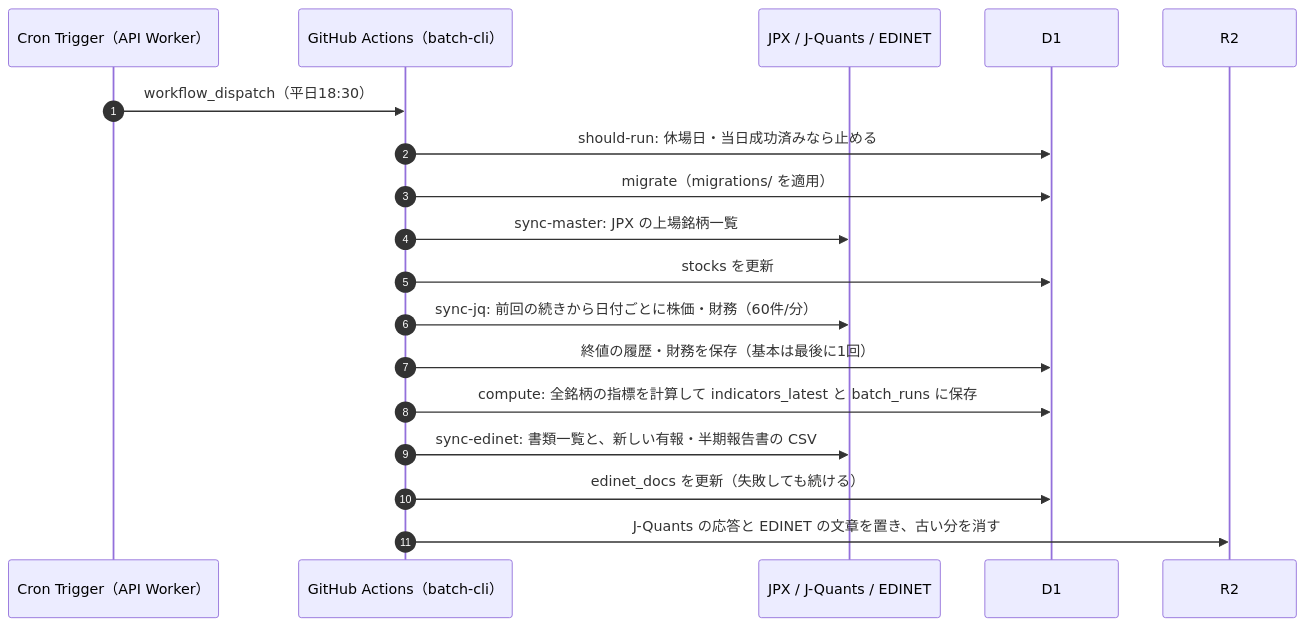
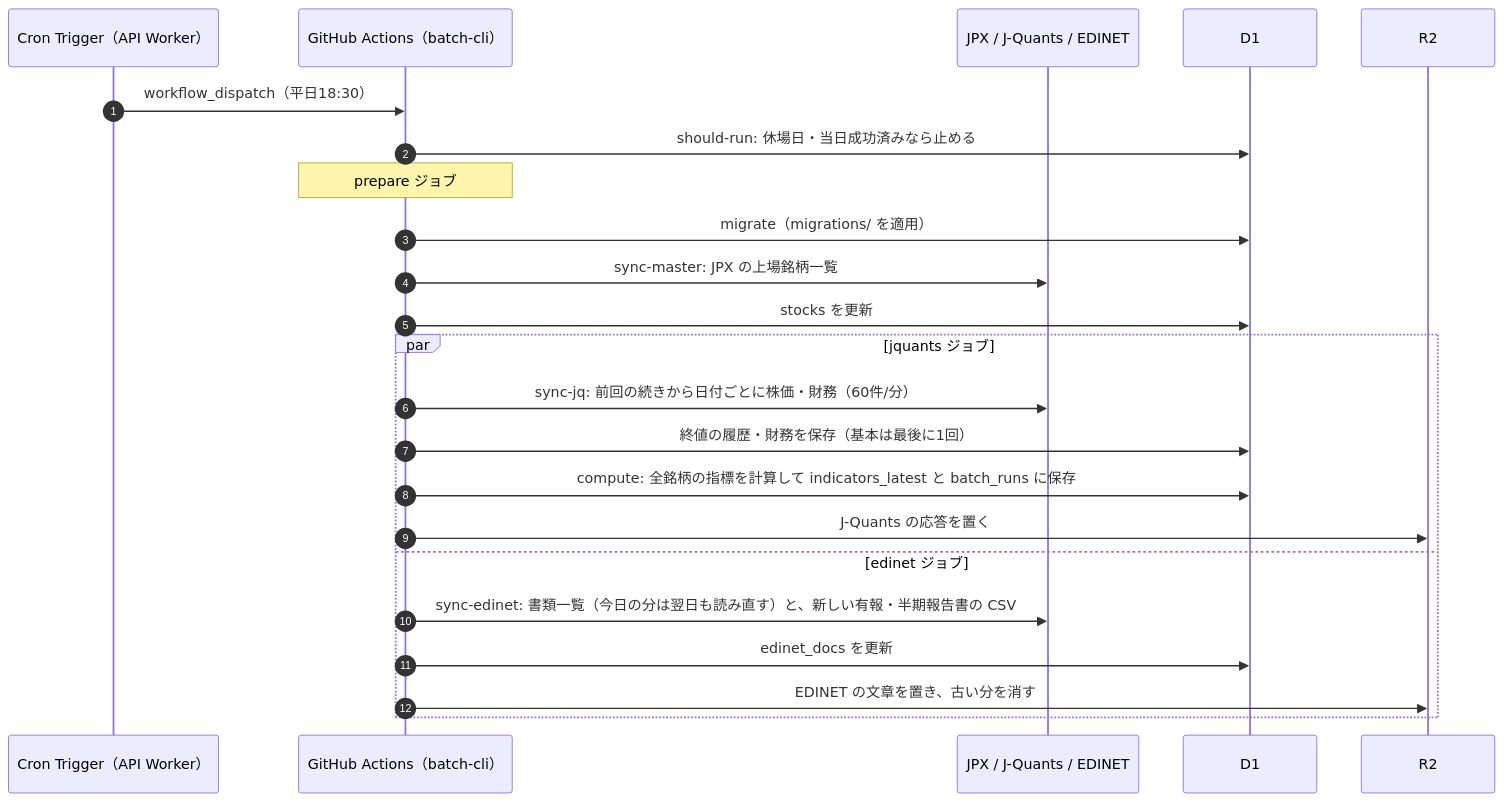
The first of 4 diagrams in docs/04_basic_design.md (taaaaakahiro/stock-insight), drawn with Mermaid before and after one commit. The commit also changed 9 other files, not shown here.

First line of the commit message:
feat(batch): EDINET を J-Quants と並列の別ジョブにし、今日の書類一覧は翌日も読み直す

````diff
--- a/docs/04_basic_design.md
+++ b/docs/04_basic_design.md
@@ -19,21 +19,26 @@
 ```mermaid
 sequenceDiagram
   autonumber
   participant CR as Cron Trigger（API Worker）
   participant GH as GitHub Actions（batch-cli）
   participant EX as JPX / J-Quants / EDINET
   participant D1 as D1
   participant R2 as R2
 
   CR->>GH: workflow_dispatch（平日18:30）
   GH->>D1: should-run: 休場日・当日成功済みなら止める
+  Note over GH: prepare ジョブ
   GH->>D1: migrate（migrations/ を適用）
   GH->>EX: sync-master: JPX の上場銘柄一覧
   GH->>D1: stocks を更新
-  GH->>EX: sync-jq: 前回の続きから日付ごとに株価・財務（60件/分）
-  GH->>D1: 終値の履歴・財務を保存（基本は最後に1回）
-  GH->>D1: compute: 全銘柄の指標を計算して indicators_latest と batch_runs に保存
-  GH->>EX: sync-edinet: 書類一覧と、新しい有報・半期報告書の CSV
-  GH->>D1: edinet_docs を更新（失敗しても続ける）
-  GH->>R2: J-Quants の応答と EDINET の文章を置き、古い分を消す
+  par jquants ジョブ
+    GH->>EX: sync-jq: 前回の続きから日付ごとに株価・財務（60件/分）
+    GH->>D1: 終値の履歴・財務を保存（基本は最後に1回）
+    GH->>D1: compute: 全銘柄の指標を計算して indicators_latest と batch_runs に保存
+    GH->>R2: J-Quants の応答を置く
+  and edinet ジョブ
+    GH->>EX: sync-edinet: 書類一覧（今日の分は翌日も読み直す）と、新しい有報・半期報告書の CSV
+    GH->>D1: edinet_docs を更新
+    GH->>R2: EDINET の文章を置き、古い分を消す
+  end
 ```
````
